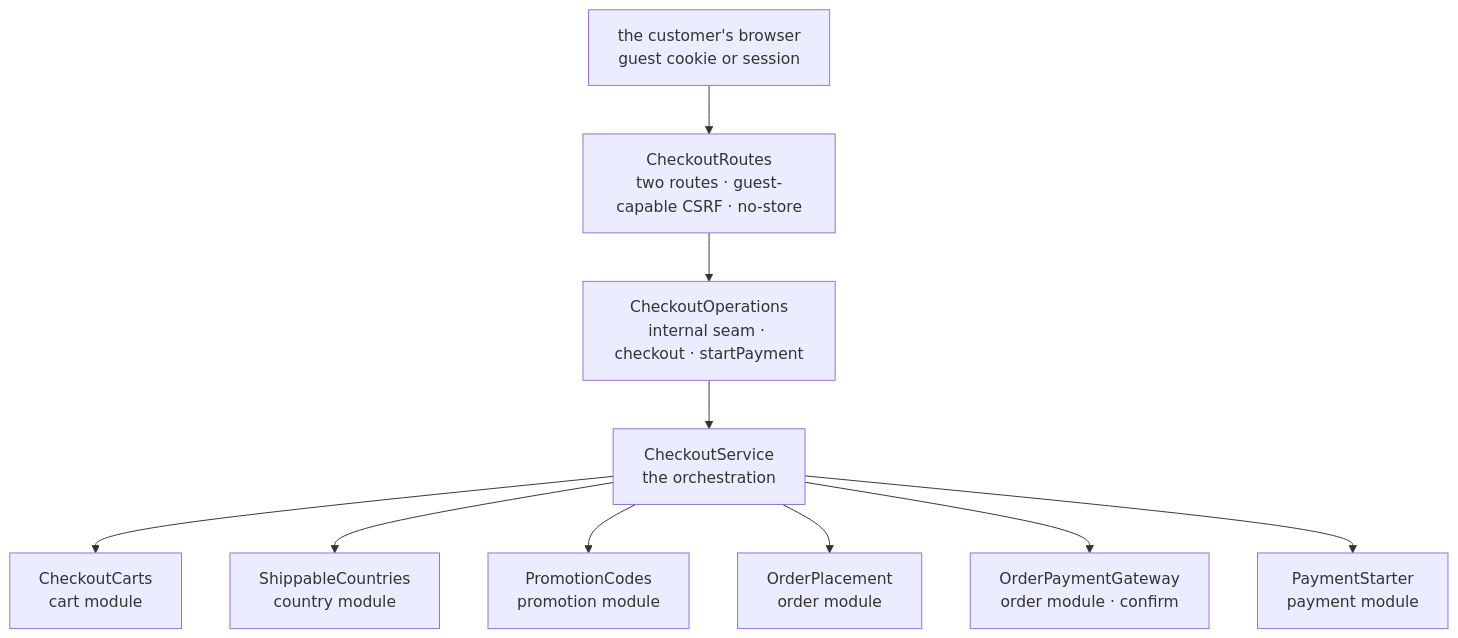
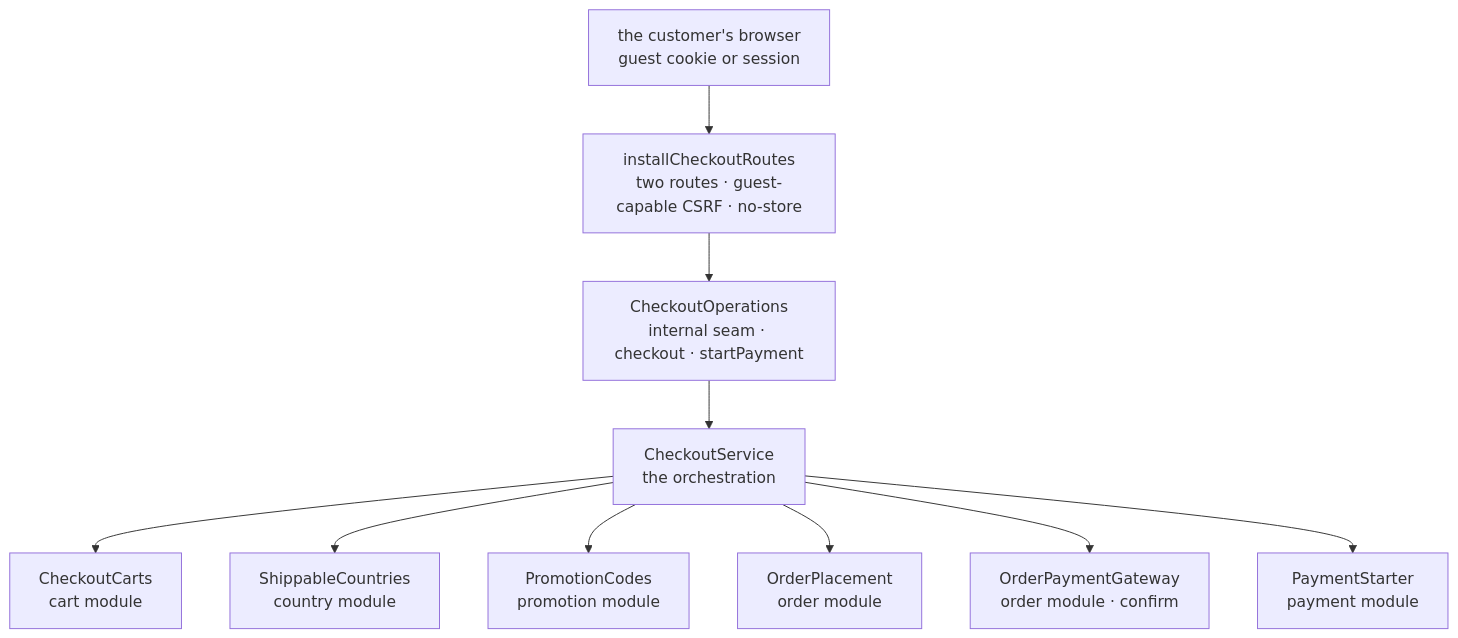
One commit to bitstorm-tech/voenix-shop-kotlin changed the diagram in docs/dev/backend/checkout-package.md. Above: the diagram before and after it, drawn with Mermaid. The commit also changed other lines of this file and 94 other files, not shown here.

````diff
--- a/docs/dev/backend/checkout-package.md
+++ b/docs/dev/backend/checkout-package.md
@@ -41,21 +41,21 @@
 ```mermaid
 flowchart TB
     Customer["the customer's browser<br/>guest cookie or session"]
-    Routes["CheckoutRoutes<br/>two routes · guest-capable CSRF · no-store"]
+    Routes["installCheckoutRoutes<br/>two routes · guest-capable CSRF · no-store"]
     Operations["CheckoutOperations<br/>internal seam · checkout · startPayment"]
     Service["CheckoutService<br/>the orchestration"]
     Carts["CheckoutCarts<br/>cart module"]
     Promotions["PromotionCodes<br/>promotion module"]
     Orders["OrderPlacement<br/>order module"]
     Gateway["OrderPaymentGateway<br/>order module · confirm"]
     Payments["PaymentStarter<br/>payment module"]
     Countries["ShippableCountries<br/>country module"]
 
     Customer --> Routes --> Operations --> Service
     Service --> Carts
     Service --> Countries
     Service --> Promotions
     Service --> Orders
     Service --> Gateway
     Service --> Payments
 ```
````
